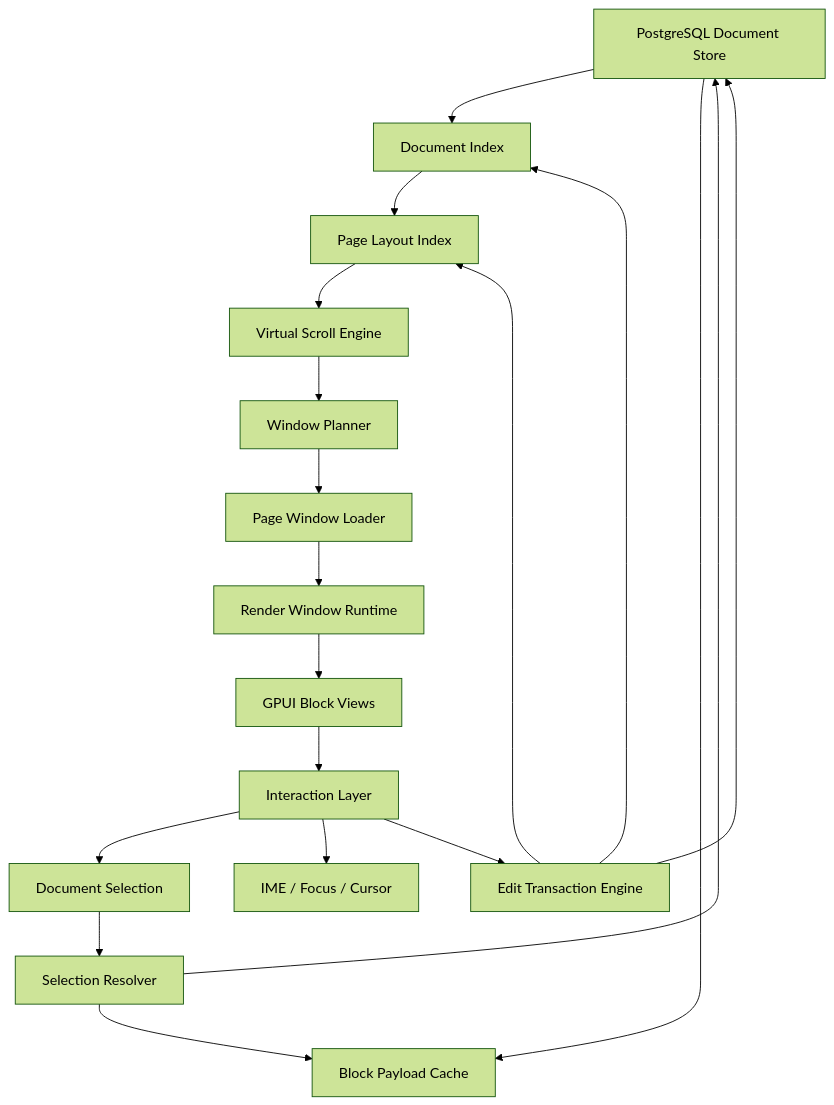
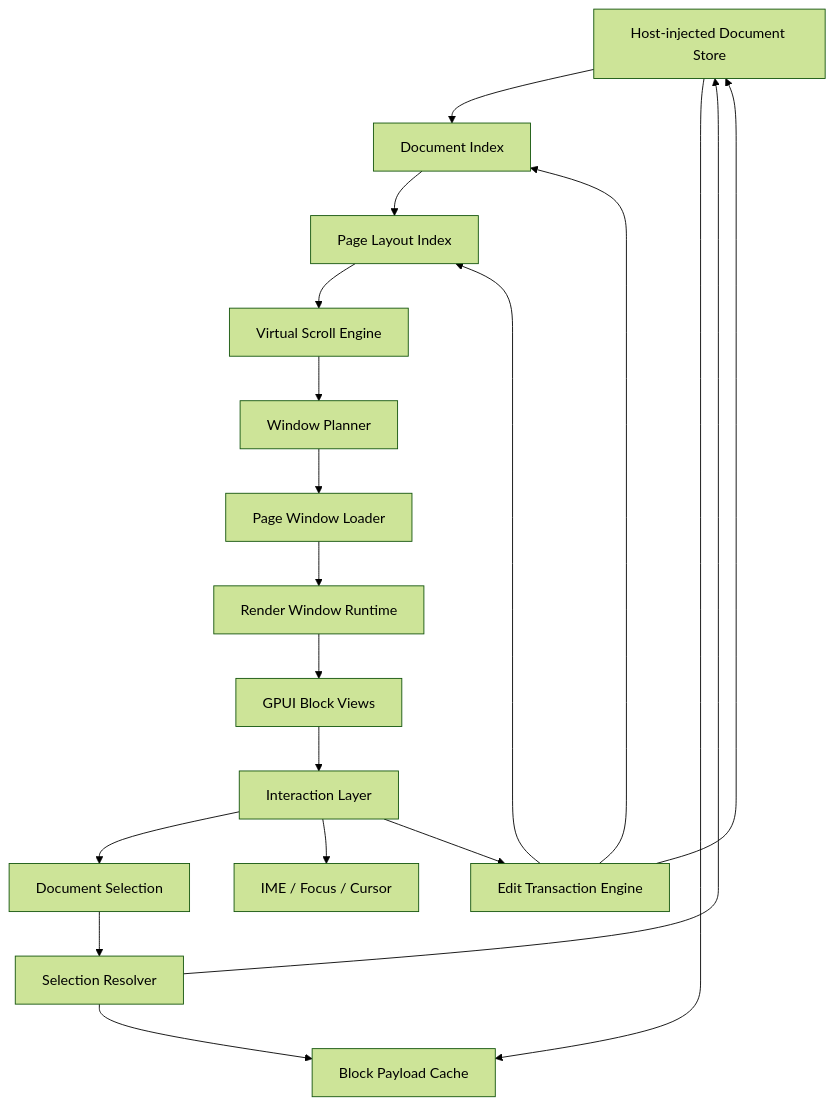
One commit to JYChen-8866/Cditor changed the diagram in doc/large-document-rich-text-architecture.md. Above: the diagram before and after it, drawn with Mermaid (forest theme). The commit also changed other lines of this file and 113 other files, not shown here.

Commit message:
refactor: make editor storage host-injected

````diff
--- a/doc/large-document-rich-text-architecture.md
+++ b/doc/large-document-rich-text-architecture.md
@@ -229,26 +229,26 @@
 ```mermaid
 flowchart TD
-    A[PostgreSQL Document Store] --> B[Document Index]
+    A[Host-injected Document Store] --> B[Document Index]
     A --> C[Block Payload Cache]
 
     B --> D[Page Layout Index]
     D --> E[Virtual Scroll Engine]
 
     E --> F[Window Planner]
     F --> G[Page Window Loader]
     G --> H[Render Window Runtime]
     H --> I[GPUI Block Views]
 
     I --> J[Interaction Layer]
     J --> K[Document Selection]
     J --> L[IME / Focus / Cursor]
     J --> M[Edit Transaction Engine]
 
     M --> A
     M --> B
     M --> D
 
     K --> N[Selection Resolver]
     N --> A
     N --> C
 ```
````
